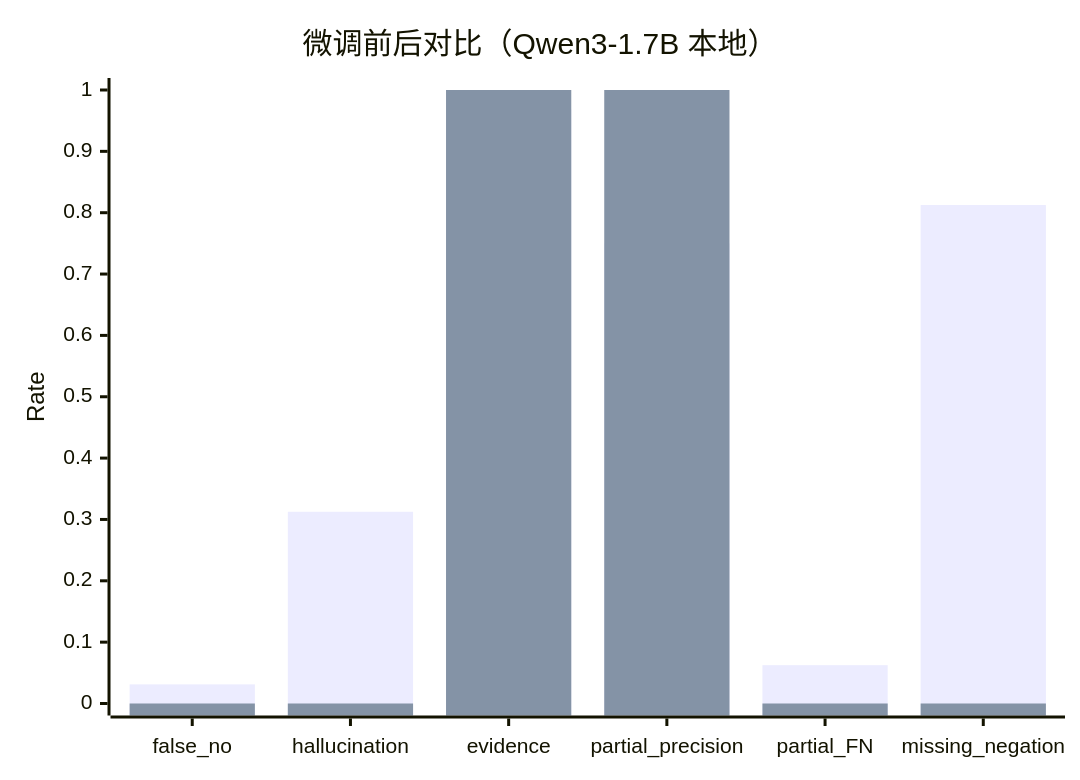
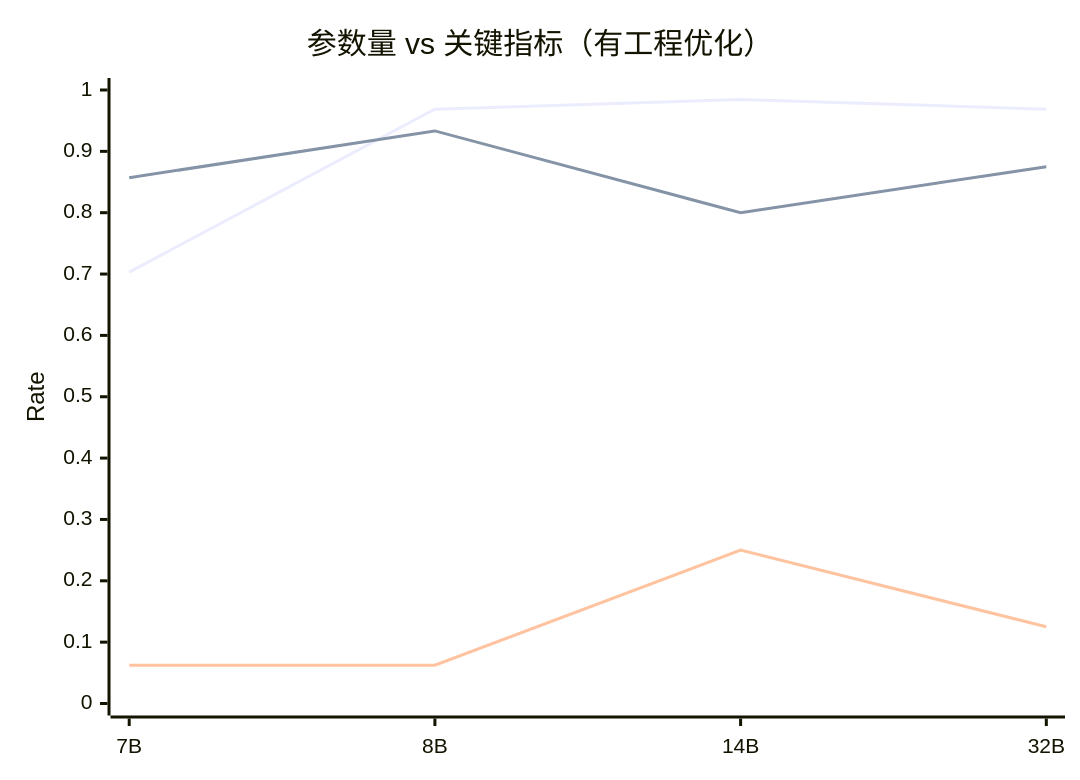
Before and after one commit to tianxingleo/BrainDance: the third of 5 diagrams in docs/开发文档/Qwen3-1.7B-LoRA-对标评测报告-2026-03-22.md, drawn with Mermaid. The commit also changed other lines of this file and 5 other files, not shown here.

````diff
--- a/docs/开发文档/Qwen3-1.7B-LoRA-对标评测报告-2026-03-22.md
+++ b/docs/开发文档/Qwen3-1.7B-LoRA-对标评测报告-2026-03-22.md
@@ -60,8 +178,9 @@
 ```mermaid
 xychart-beta
-  title "微调前后对比（Qwen3-1.7B 本地）"
-  x-axis ["false_no","hallucination","evidence","partial_precision","partial_FN","missing_negation"]
+  title "参数量 vs 关键指标（有工程优化）"
+  x-axis ["7B","8B","14B","32B"]
   y-axis "Rate" 0 --> 1
-  bar [0.0312,0.3125,0.9688,0.7500,0.0625,0.8125]
-  bar [0.0000,0.0000,1.0000,1.0000,0.0000,0.0000]
+  line [0.7031,0.9688,0.9844,0.9688]
+  line [0.8571,0.9333,0.8000,0.8750]
+  line [0.0625,0.0625,0.2500,0.1250]
 ```
````
